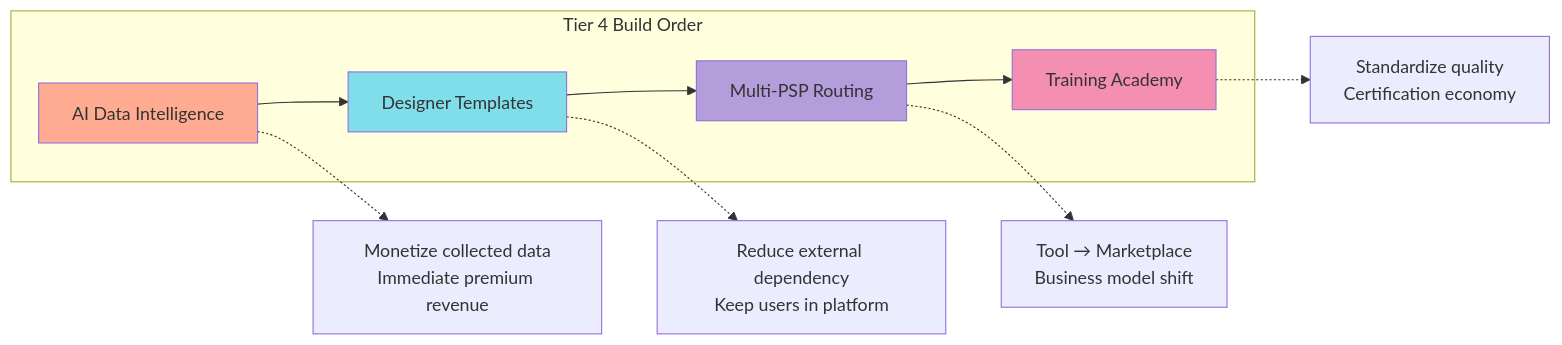
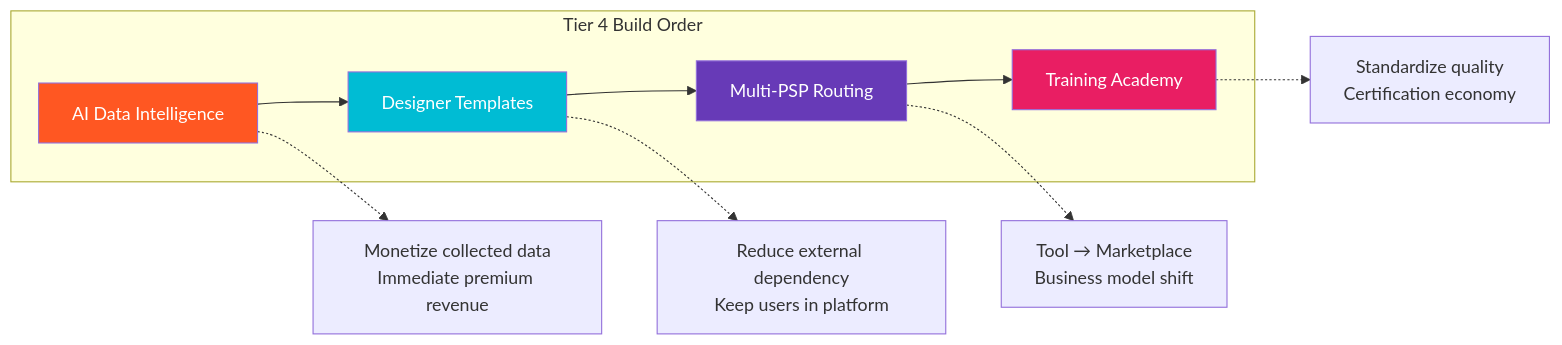
One commit to VisualGraphxLLC/NewPOPSys changed the fourth of 7 diagrams in Post_v1/DEVELOPMENT_PRIORITY.md. Above: the diagram before and after it, drawn with Mermaid. The commit also changed other lines of this file and 1 other file, not shown here.

First line of the commit message:
Fix Mermaid chart colors for dark mode compatibility

````diff
--- a/Post_v1/DEVELOPMENT_PRIORITY.md
+++ b/Post_v1/DEVELOPMENT_PRIORITY.md
@@ -153,18 +153,18 @@
 ```mermaid
 flowchart LR
     subgraph Tier4[Tier 4 Build Order]
         AI[AI Data Intelligence] --> Des[Designer Templates]
         Des --> PSP[Multi-PSP Routing]
         PSP --> Acad[Training Academy]
     end
 
     AI -.-> N1[Monetize collected data\nImmediate premium revenue]
     Des -.-> N2[Reduce external dependency\nKeep users in platform]
     PSP -.-> N3[Tool → Marketplace\nBusiness model shift]
     Acad -.-> N4[Standardize quality\nCertification economy]
 
-    style AI fill:#ffab91
-    style Des fill:#80deea
-    style PSP fill:#b39ddb
-    style Acad fill:#f48fb1
+    style AI fill:#ff5722,color:#fff
+    style Des fill:#00bcd4,color:#fff
+    style PSP fill:#673ab7,color:#fff
+    style Acad fill:#e91e63,color:#fff
 ```
````
